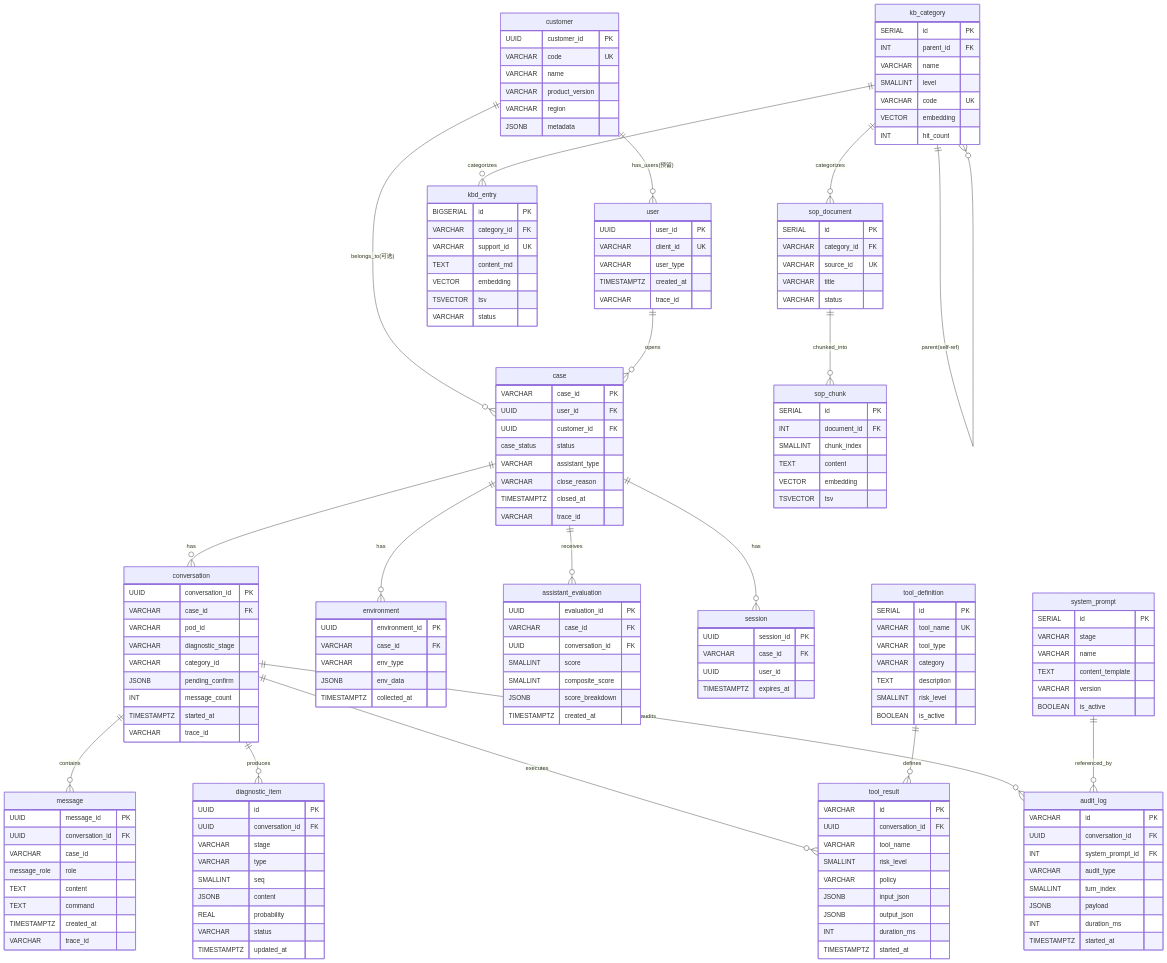
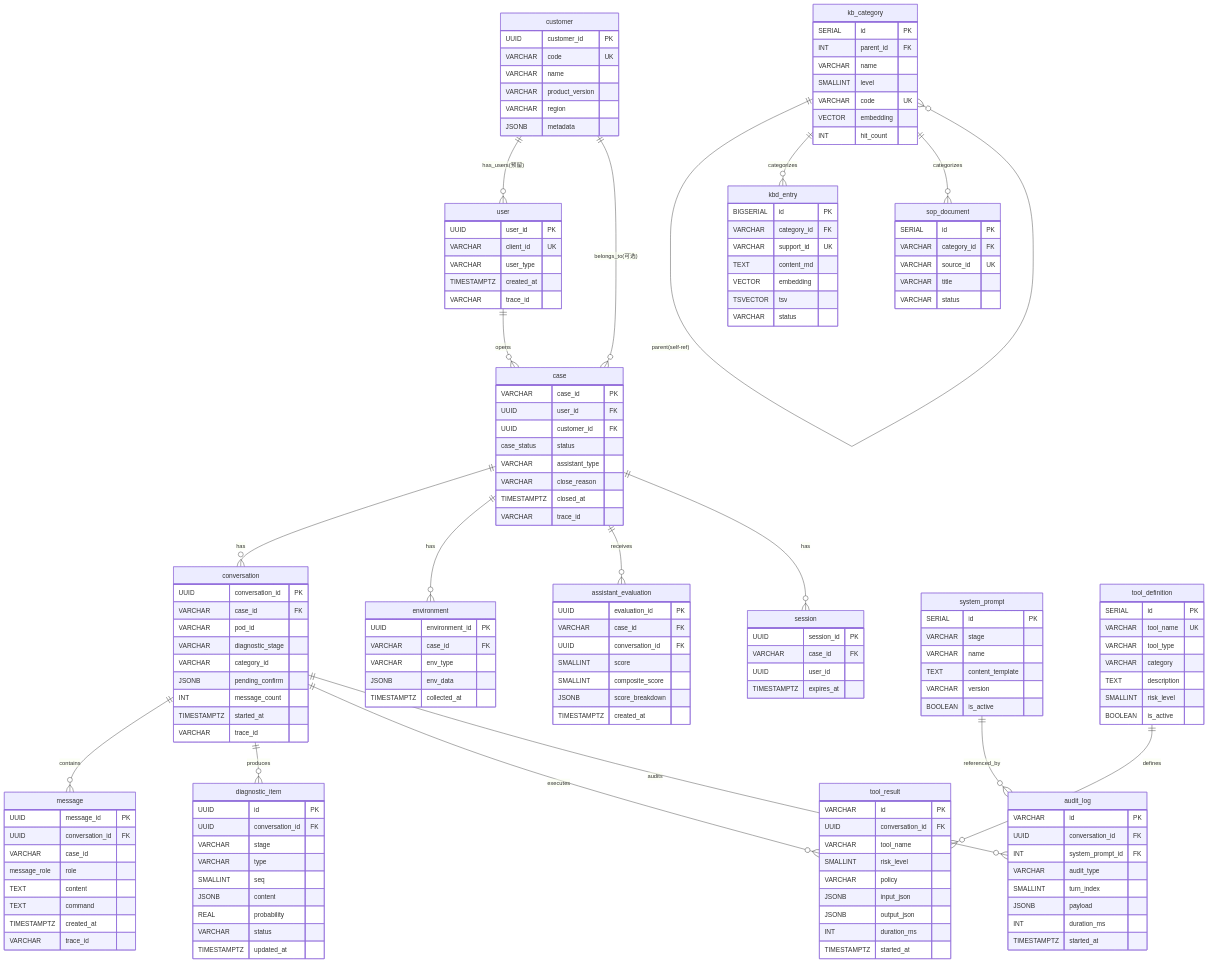
Before and after one commit to RoyinRolland/hci-troubleshoot-platform: the first of 3 diagrams in docs/solution/数据库设计.md, drawn with Mermaid. The commit also changed other lines of this file and 38 other files, not shown here.

````diff
--- a/docs/solution/数据库设计.md
+++ b/docs/solution/数据库设计.md
@@ -109,7 +110,6 @@
     kb_category ||--o{ kb_category : "parent(self-ref)"
     kb_category ||--o{ kbd_entry : "categorizes"
     kb_category ||--o{ sop_document : "categorizes"
-    sop_document ||--o{ sop_chunk : "chunked_into"
 
     customer {
         UUID customer_id PK
@@ -253,12 +253,4 @@
         VARCHAR title
         VARCHAR status
     }
-    sop_chunk {
-        SERIAL id PK
-        INT document_id FK
-        SMALLINT chunk_index
-        TEXT content
-        VECTOR embedding
-        TSVECTOR tsv
-    }
 ```
````
